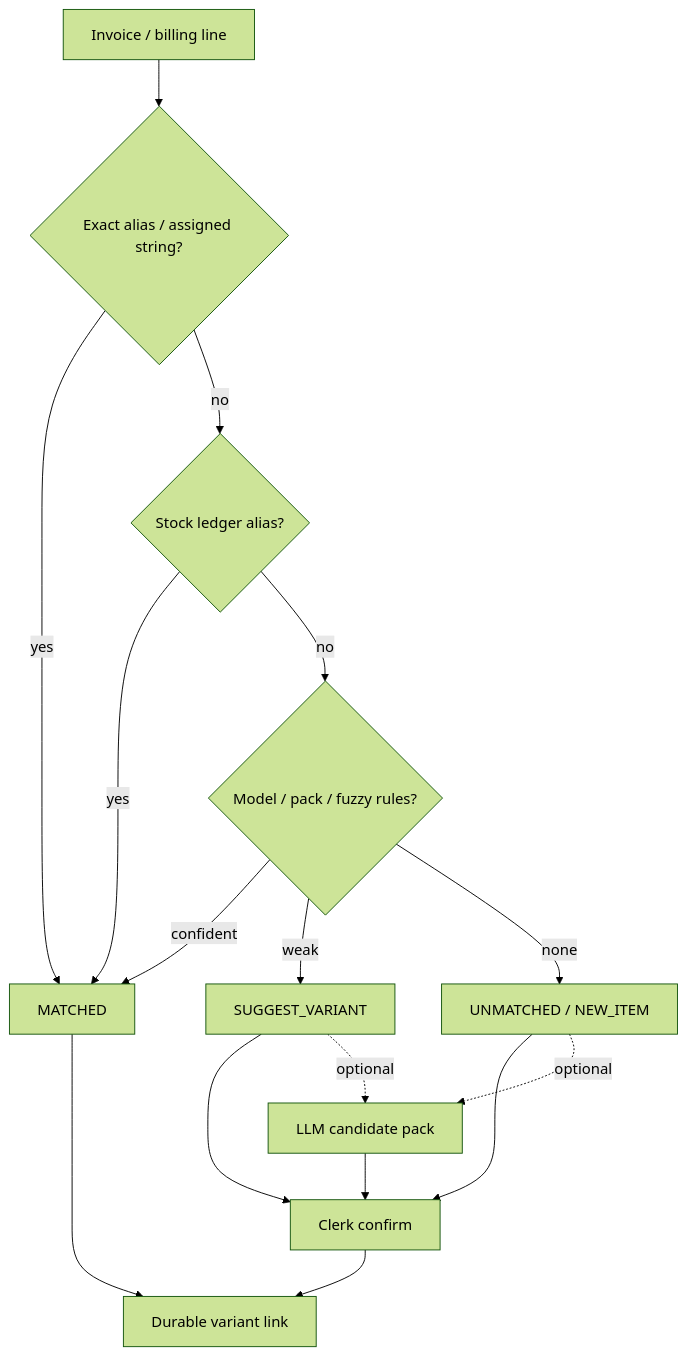
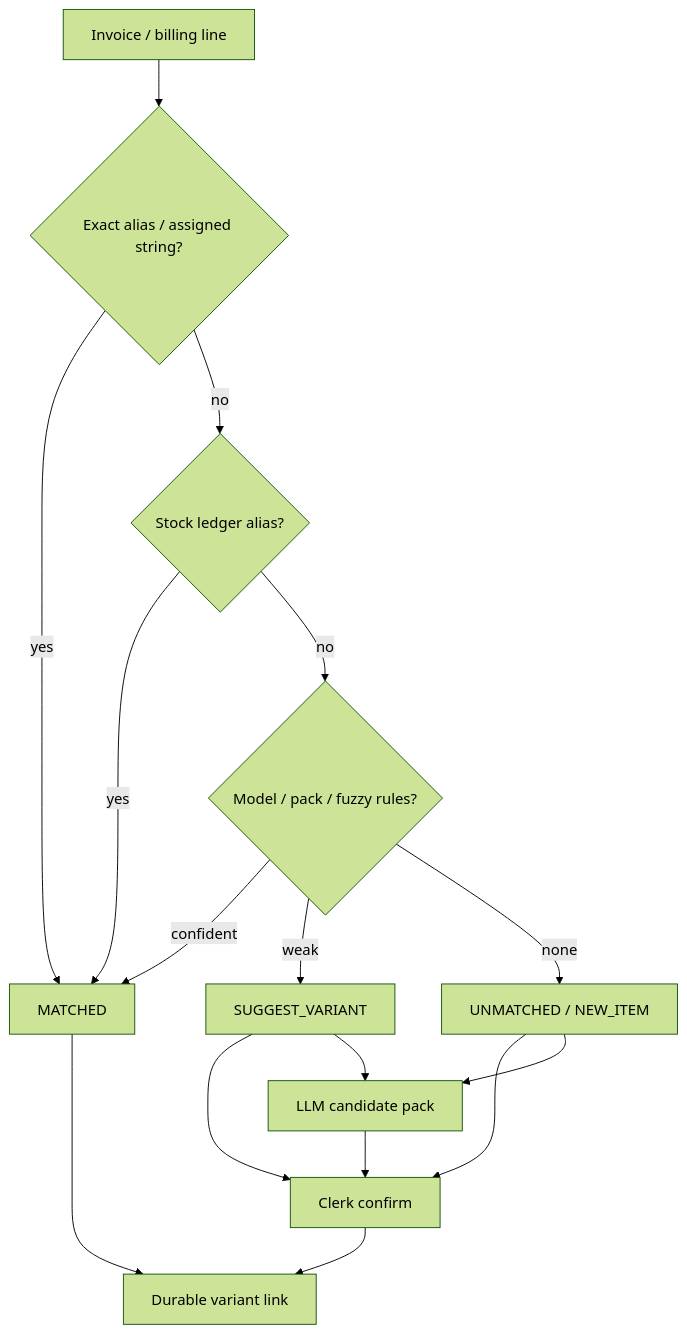
One commit to avinashbengaluru/ai-product-case-studies changed the third of 4 diagrams in case-studies/01-smart-invoice-matching.md. Above: the diagram before and after it, drawn with Mermaid (forest theme). The commit also changed other lines of this file and 2 other files, not shown here.

````diff
--- a/case-studies/01-smart-invoice-matching.md
+++ b/case-studies/01-smart-invoice-matching.md
@@ -86,18 +121,18 @@
 ```mermaid
 flowchart TD
   A[Invoice / billing line] --> B{Exact alias / assigned string?}
   B -->|yes| M[MATCHED]
   B -->|no| C{Stock ledger alias?}
   C -->|yes| M
   C -->|no| D{Model / pack / fuzzy rules?}
   D -->|confident| M
   D -->|weak| E[SUGGEST_VARIANT]
   D -->|none| F[UNMATCHED / NEW_ITEM]
   E --> G[Clerk confirm]
   F --> G
   G --> H[Durable variant link]
   M --> H
-  E -. optional .-> L[LLM candidate pack]
-  F -. optional .-> L
+  E --> L[LLM candidate pack]
+  F --> L
   L --> G
 ```
````
